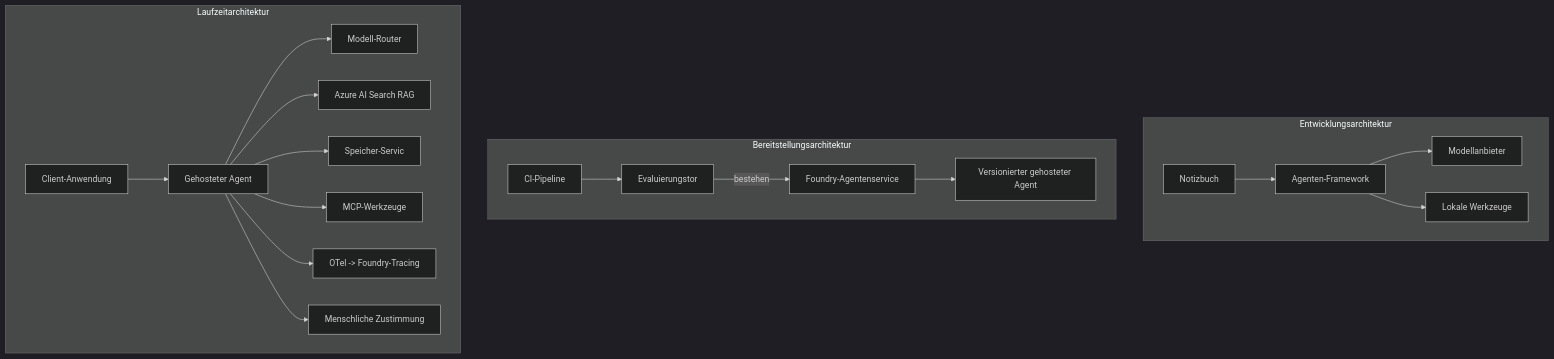
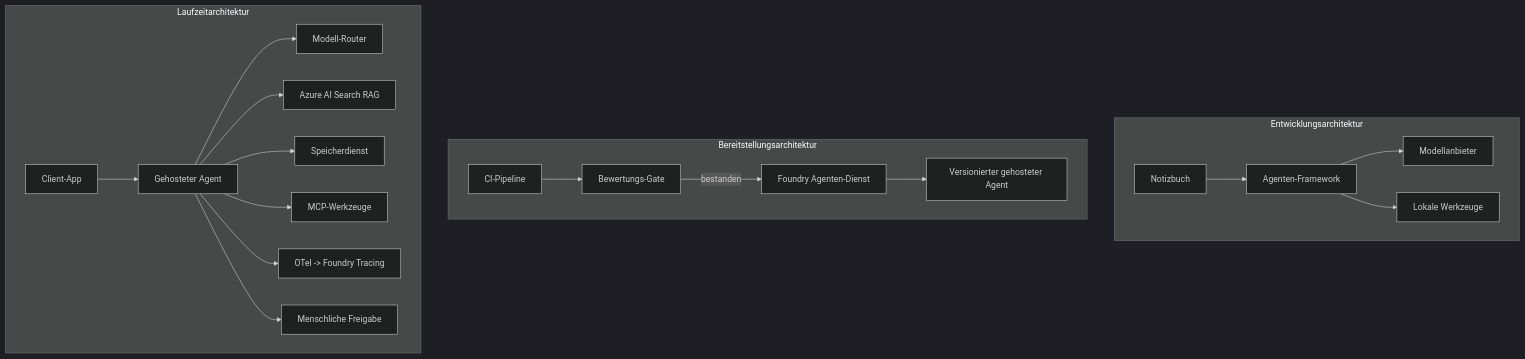
One commit to gabrielmoreira/agent-skills-mirror changed the fourth of 4 diagrams in mirrors/repos/microsoft@ai-agents-for-beginners/translations/de/16-deploying-scalable-agents/README.md. Above: the diagram before and after it, drawn with Mermaid (dark theme). The commit also changed other lines of this file and 3581 other files, not shown here.

````diff
--- a/mirrors/repos/microsoft@ai-agents-for-beginners/translations/de/16-deploying-scalable-agents/README.md
+++ b/mirrors/repos/microsoft@ai-agents-for-beginners/translations/de/16-deploying-scalable-agents/README.md
@@ -185,22 +185,22 @@
 ```mermaid
 flowchart TB
     subgraph Dev[Entwicklungsarchitektur]
         D1[Notizbuch] --> D2[Agenten-Framework]
         D2 --> D3[Modellanbieter]
         D2 --> D4[Lokale Werkzeuge]
     end
     subgraph Deploy[Bereitstellungsarchitektur]
-        E1[CI-Pipeline] --> E2[Evaluierungstor]
-        E2 -->|bestehen| E3[Foundry-Agentenservice]
+        E1[CI-Pipeline] --> E2[Bewertungs-Gate]
+        E2 -->|bestanden| E3[Foundry Agenten-Dienst]
         E3 --> E4[Versionierter gehosteter Agent]
     end
     subgraph Run[Laufzeitarchitektur]
-        F1[Client-Anwendung] --> F2[Gehosteter Agent]
+        F1[Client-App] --> F2[Gehosteter Agent]
         F2 --> F3[Modell-Router]
         F2 --> F4[Azure AI Search RAG]
-        F2 --> F5[Speicher-Servic]
+        F2 --> F5[Speicherdienst]
         F2 --> F6[MCP-Werkzeuge]
-        F2 --> F7[OTel -> Foundry-Tracing]
-        F2 --> F8[Menschliche Zustimmung]
+        F2 --> F7[OTel -> Foundry Tracing]
+        F2 --> F8[Menschliche Freigabe]
     end
 ```
````
